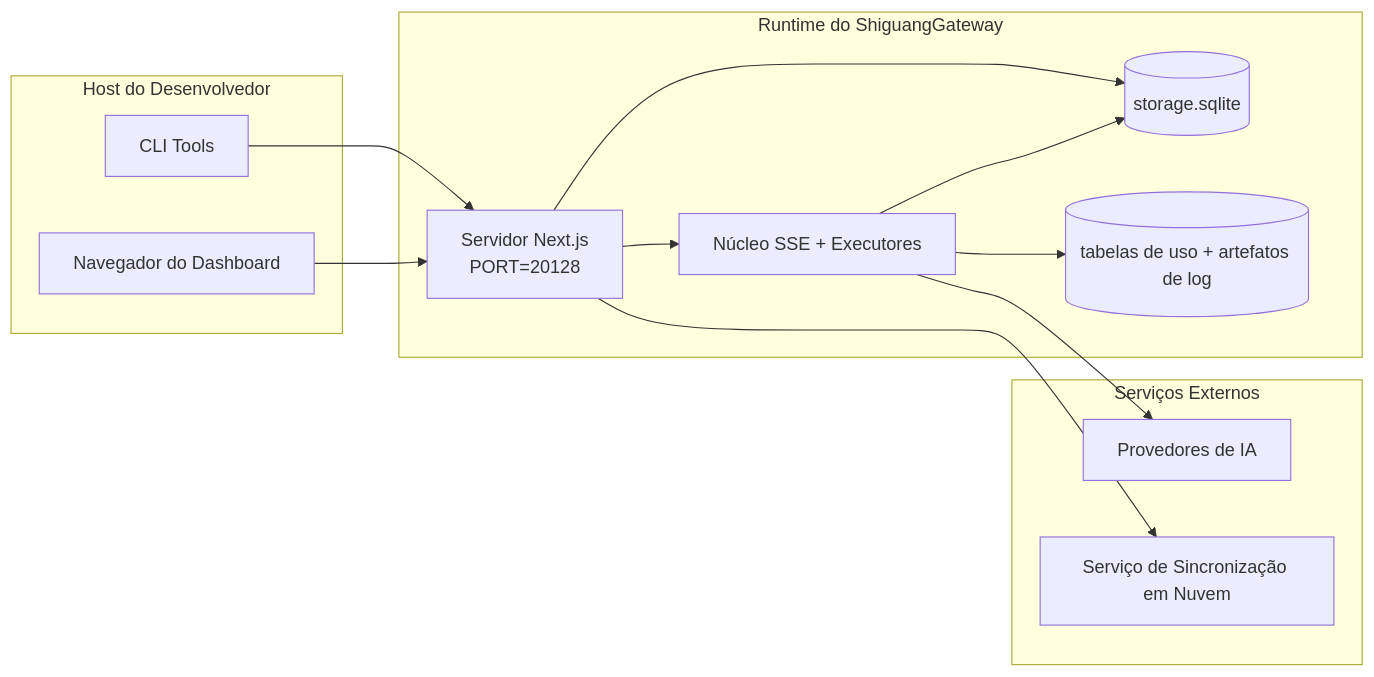
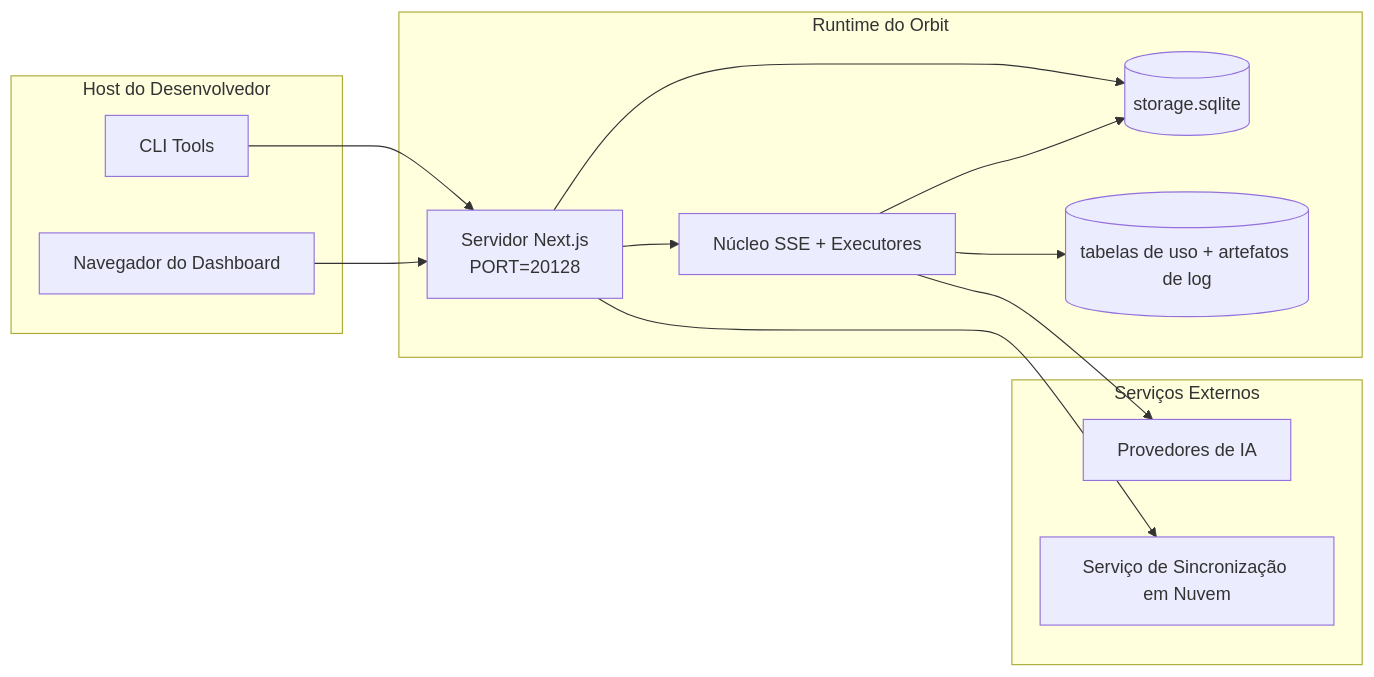
Before and after one commit to shiguang-lab/orbit: the seventh of 7 diagrams in packages/core/docs/i18n/pt-BR/docs/architecture/ARCHITECTURE.md, drawn with Mermaid. The commit also changed other lines of this file and 2405 other files, not shown here.

Commit message:
refactor: retire Shiguang Gateway identifiers

````diff
--- a/packages/core/docs/i18n/pt-BR/docs/architecture/ARCHITECTURE.md
+++ b/packages/core/docs/i18n/pt-BR/docs/architecture/ARCHITECTURE.md
@@ -788,28 +788,28 @@
 ```mermaid
 flowchart LR
     subgraph LocalHost[Host do Desenvolvedor]
         CLI[CLI Tools]
         Browser[Navegador do Dashboard]
     end
 
-    subgraph ContainerOrProcess[Runtime do ShiguangGateway]
+    subgraph ContainerOrProcess[Runtime do Orbit]
         Next[Servidor Next.js\nPORT=20128]
         Core[Núcleo SSE + Executores]
         MainDB[(storage.sqlite)]
         UsageDB[(tabelas de uso + artefatos de log)]
     end
 
     subgraph External[Serviços Externos]
         Providers[Provedores de IA]
         SyncCloud[Serviço de Sincronização em Nuvem]
     end
 
     CLI --> Next
     Browser --> Next
     Next --> Core
     Next --> MainDB
     Core --> MainDB
     Core --> UsageDB
     Core --> Providers
     Next --> SyncCloud
 ```
````
